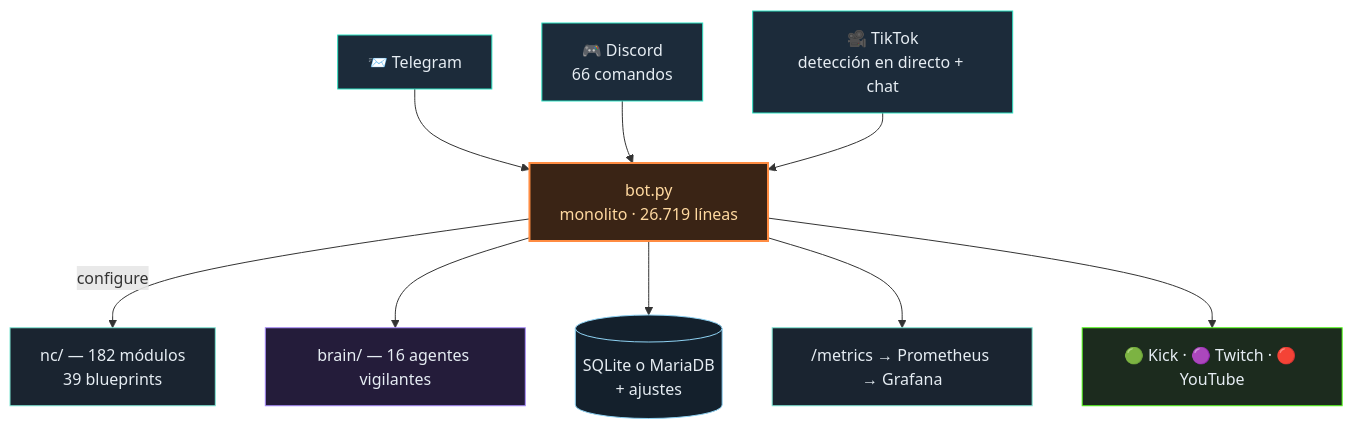
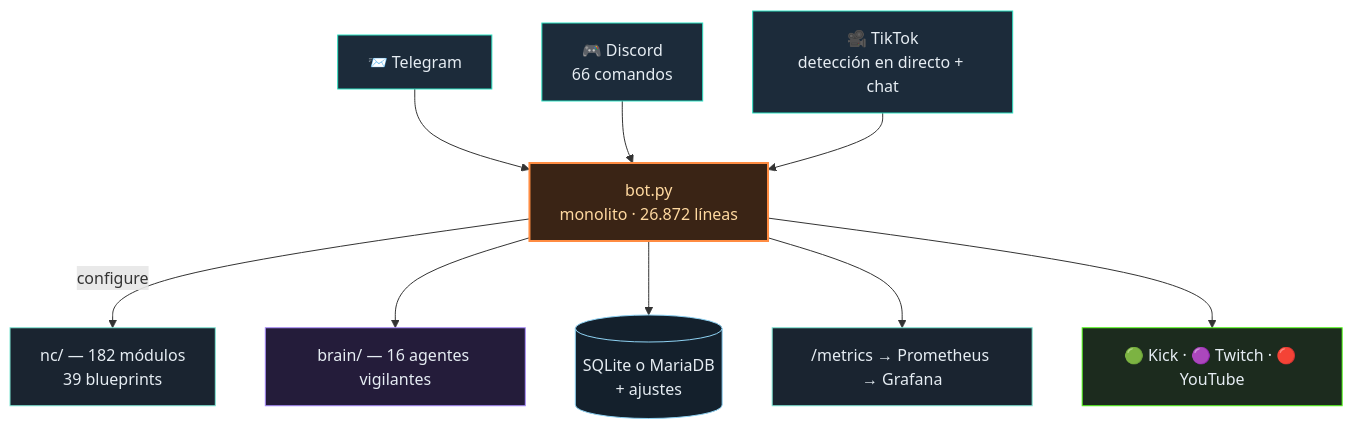
One commit to itsamemedev/Telegram-Stream-Info-Bot changed the diagram in README.es.md. Above: the diagram before and after it, drawn with Mermaid. The commit also changed other lines of this file and 14 other files, not shown here.

````diff
--- a/README.es.md
+++ b/README.es.md
@@ -64,18 +64,18 @@
 ```mermaid
 flowchart TB
     TG["📨 Telegram"]:::ein --> BOT
     DC["🎮 Discord<br/>66 comandos"]:::ein --> BOT
     TT["🎥 TikTok<br/>detección en directo + chat"]:::ein --> BOT
-    BOT["bot.py<br/>monolito · 26.719 líneas"]:::core
+    BOT["bot.py<br/>monolito · 26.872 líneas"]:::core
     BOT -->|configure| NC["nc/ — 182 módulos<br/>39 blueprints"]:::lib
     BOT --> BRAIN["brain/ — 16 agentes vigilantes"]:::brain
     BOT --> DB[("SQLite o MariaDB<br/>+ ajustes")]:::db
     BOT --> PROM["/metrics → Prometheus → Grafana"]:::lib
     BOT --> OUT["🟢 Kick · 🟣 Twitch · 🔴 YouTube"]:::out
     classDef ein fill:#1c2b3a,stroke:#2de1c2,color:#e6edf3
     classDef core fill:#3a2415,stroke:#ff8c42,stroke-width:2px,color:#ffd9a0
     classDef lib fill:#1a2430,stroke:#7fe7d4,color:#e6edf3
     classDef brain fill:#241c3a,stroke:#a78bfa,color:#e6edf3
     classDef db fill:#14202c,stroke:#8fd3f4,color:#e6edf3
     classDef out fill:#1c2b1e,stroke:#53fc18,color:#e6edf3
 ```
````
